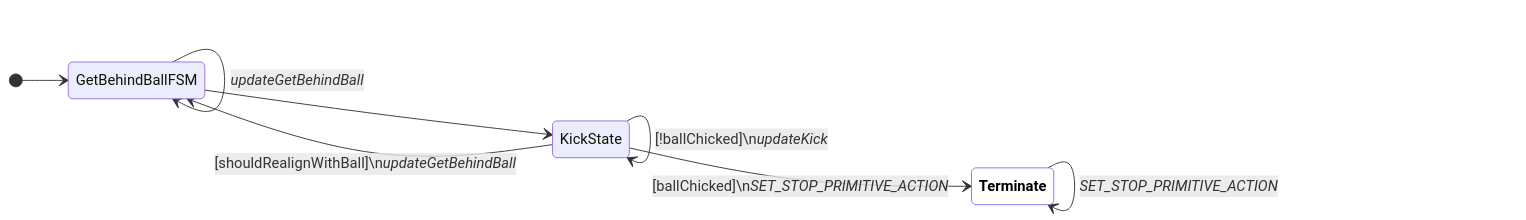
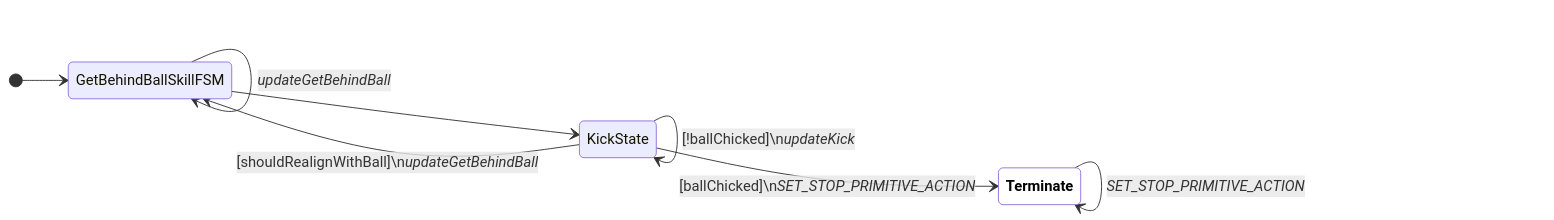
Before and after one commit to UBC-Thunderbots/Software: diagram 13 of 24 in docs/fsm-diagrams.md, drawn with Mermaid. The commit also changed other lines of this file and 375 other files, not shown here.

````diff
--- a/docs/fsm-diagrams.md
+++ b/docs/fsm-diagrams.md
@@ -322,14 +240,14 @@
 ```mermaid
 
 stateDiagram-v2
 classDef terminate fill:white,color:black,font-weight:bold
 direction LR
-[*] --> GetBehindBallFSM
-GetBehindBallFSM --> GetBehindBallFSM : <i>updateGetBehindBall</i>
-GetBehindBallFSM --> KickState
-KickState --> GetBehindBallFSM : [shouldRealignWithBall]\n<i>updateGetBehindBall</i>
+[*] --> GetBehindBallSkillFSM
+GetBehindBallSkillFSM --> GetBehindBallSkillFSM : <i>updateGetBehindBall</i>
+GetBehindBallSkillFSM --> KickState
+KickState --> GetBehindBallSkillFSM : [shouldRealignWithBall]\n<i>updateGetBehindBall</i>
 KickState --> KickState : [!ballChicked]\n<i>updateKick</i>
 KickState --> Terminate:::terminate : [ballChicked]\n<i>SET_STOP_PRIMITIVE_ACTION</i>
 Terminate:::terminate --> Terminate:::terminate : <i>SET_STOP_PRIMITIVE_ACTION</i>
 
 ```
````
